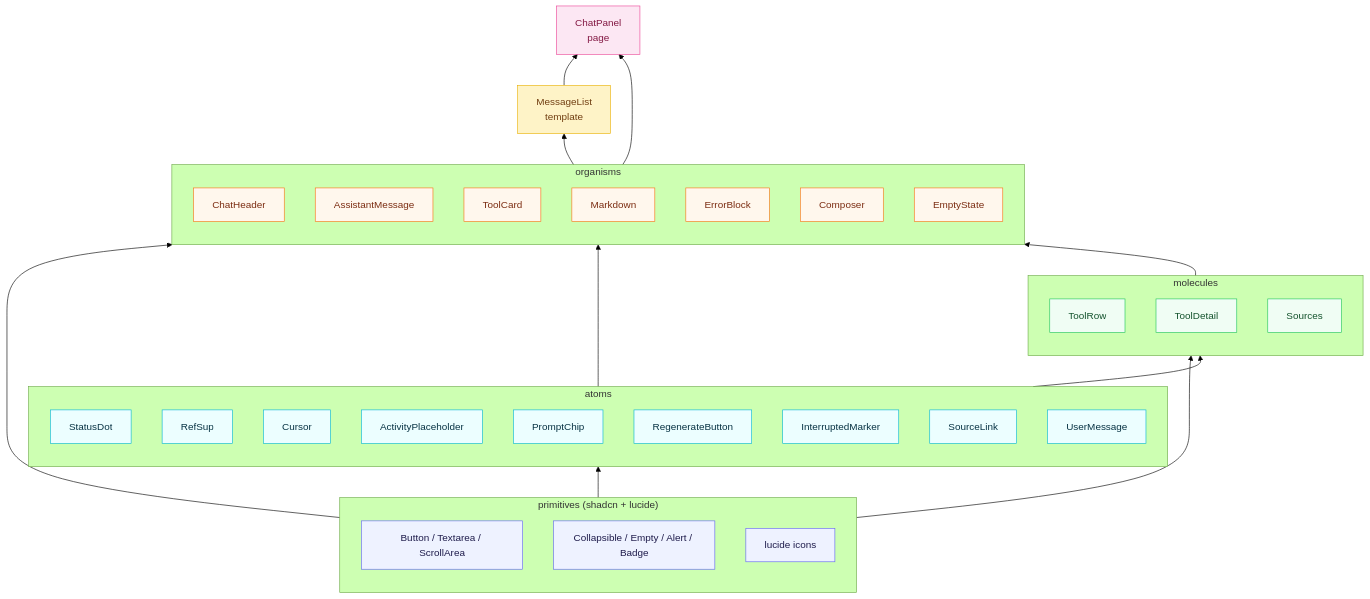
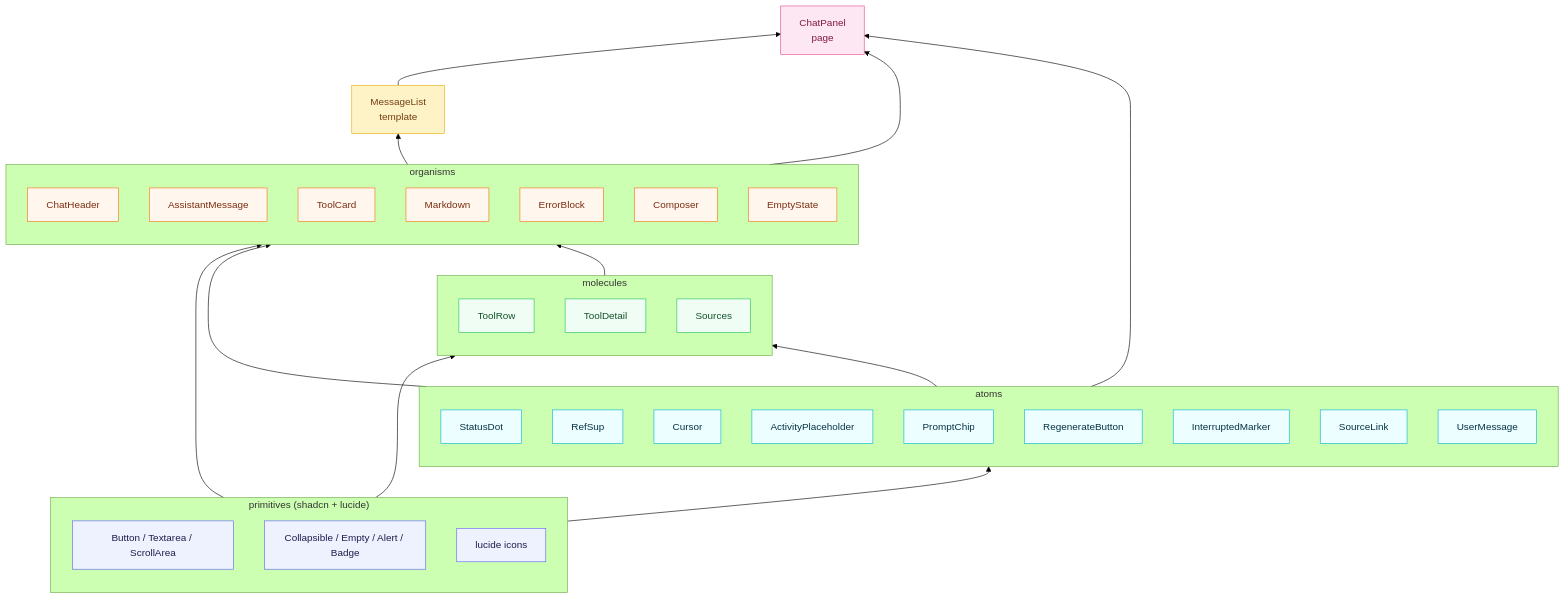
The first of 4 diagrams in docs/frontend_chat_architecture.md (wei-yiting/fin-lab-x), drawn with Mermaid (forest theme) before and after one commit. The commit also changed other lines of this file and 21 other files, not shown here.

````diff
--- a/docs/frontend_chat_architecture.md
+++ b/docs/frontend_chat_architecture.md
@@ -15,63 +15,64 @@
 ```mermaid
 flowchart BT
     subgraph primitives["primitives (shadcn + lucide)"]
         P1[Button / Textarea / ScrollArea]
         P2[Collapsible / Empty / Alert / Badge]
         P3[lucide icons]
     end
 
     subgraph atoms
         StatusDot
         RefSup
         Cursor
         ActivityPlaceholder
         PromptChip
         RegenerateButton
         InterruptedMarker
         SourceLink
         UserMessage
     end
 
     subgraph molecules
         ToolRow
         ToolDetail
         Sources
     end
 
     subgraph organisms
         ChatHeader
         AssistantMessage
         ToolCard
         Markdown
         ErrorBlock
         Composer
         EmptyState
     end
 
     MessageList[MessageList<br/>template]
     ChatPanel[ChatPanel<br/>page]
 
     primitives --> atoms
     primitives --> molecules
     primitives --> organisms
     atoms --> molecules
     atoms --> organisms
     molecules --> organisms
     organisms --> MessageList
     MessageList --> ChatPanel
     organisms --> ChatPanel
+    atoms --> ChatPanel
 
     classDef primitiveCls fill:#eef2ff,stroke:#6366f1,color:#1e1b4b
     classDef atomCls fill:#ecfeff,stroke:#06b6d4,color:#083344
     classDef moleculeCls fill:#f0fdf4,stroke:#22c55e,color:#14532d
     classDef organismCls fill:#fff7ed,stroke:#f97316,color:#7c2d12
     classDef templateCls fill:#fef3c7,stroke:#eab308,color:#713f12
     classDef pageCls fill:#fce7f3,stroke:#ec4899,color:#831843
 
     class P1,P2,P3 primitiveCls
     class StatusDot,RefSup,Cursor,ActivityPlaceholder,PromptChip,RegenerateButton,InterruptedMarker,SourceLink,UserMessage atomCls
     class ToolRow,ToolDetail,Sources moleculeCls
     class ChatHeader,AssistantMessage,ToolCard,Markdown,ErrorBlock,Composer,EmptyState organismCls
     class MessageList templateCls
     class ChatPanel pageCls
 ```
````
